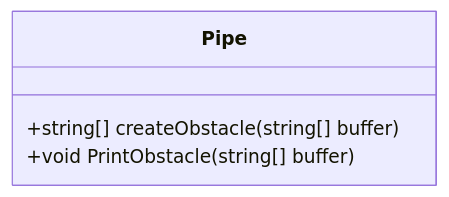
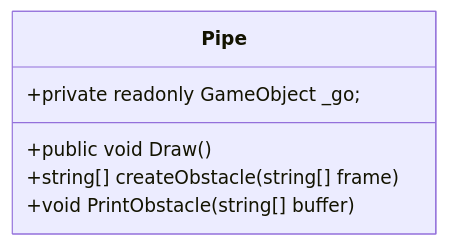
The seventh of 7 diagrams in dokumentasjon/diagram/klasse-diagram.md (NexusWeave/MVP-FlappyBird-cs), drawn with Mermaid before and after one commit. The commit also changed other lines of this file, not shown here.

Commit message:
Update klasse-diagram.md to enhance class definitions and methods

````diff
--- a/dokumentasjon/diagram/klasse-diagram.md
+++ b/dokumentasjon/diagram/klasse-diagram.md
@@ -97,9 +102,12 @@
 ```mermaid
     classDiagram
         direction TD
 
         class Pipe {
-            +string[] createObstacle(string[] buffer)
+            +private readonly GameObject _go;
+
+            +public void Draw()
+            +string[] createObstacle(string[] frame)
             +void PrintObstacle(string[] buffer)
         }
 ```
````
